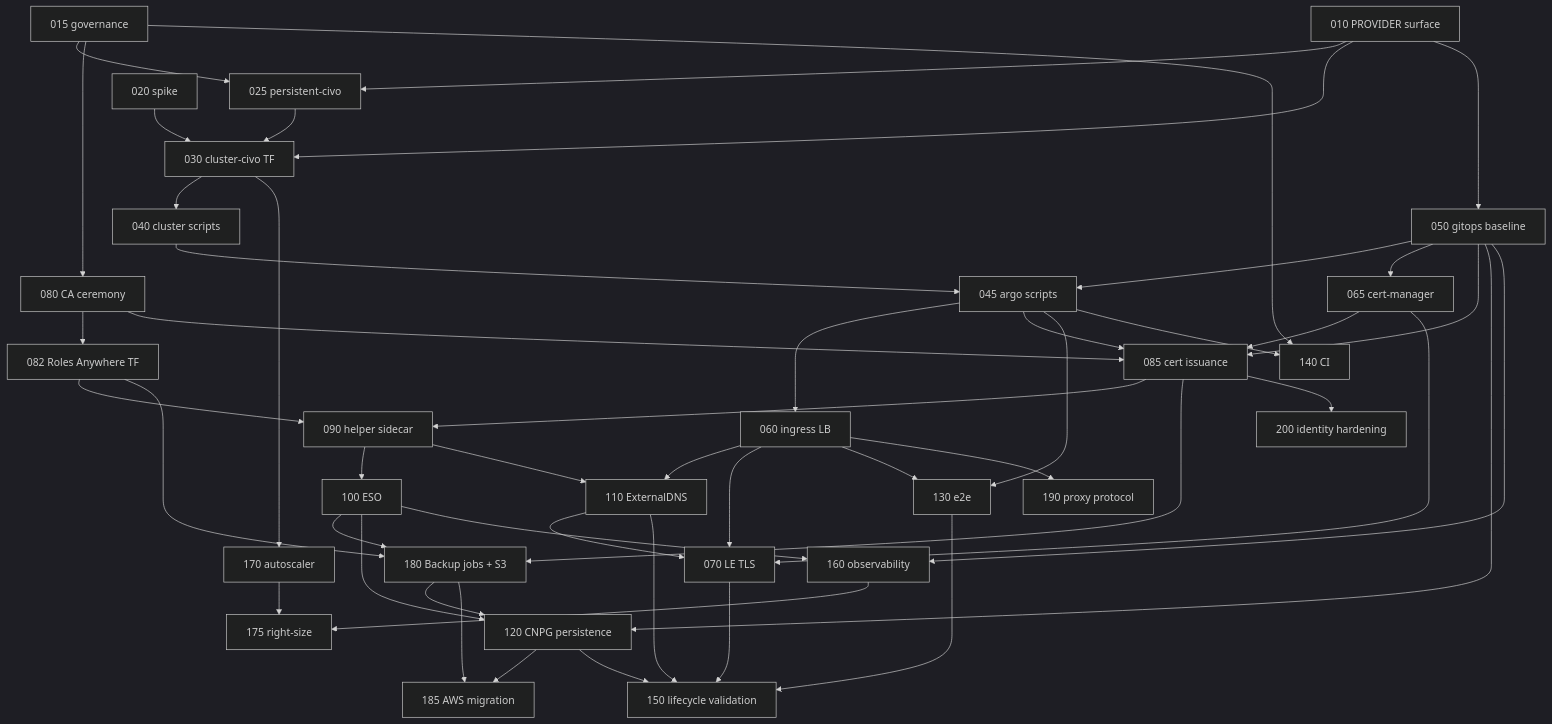
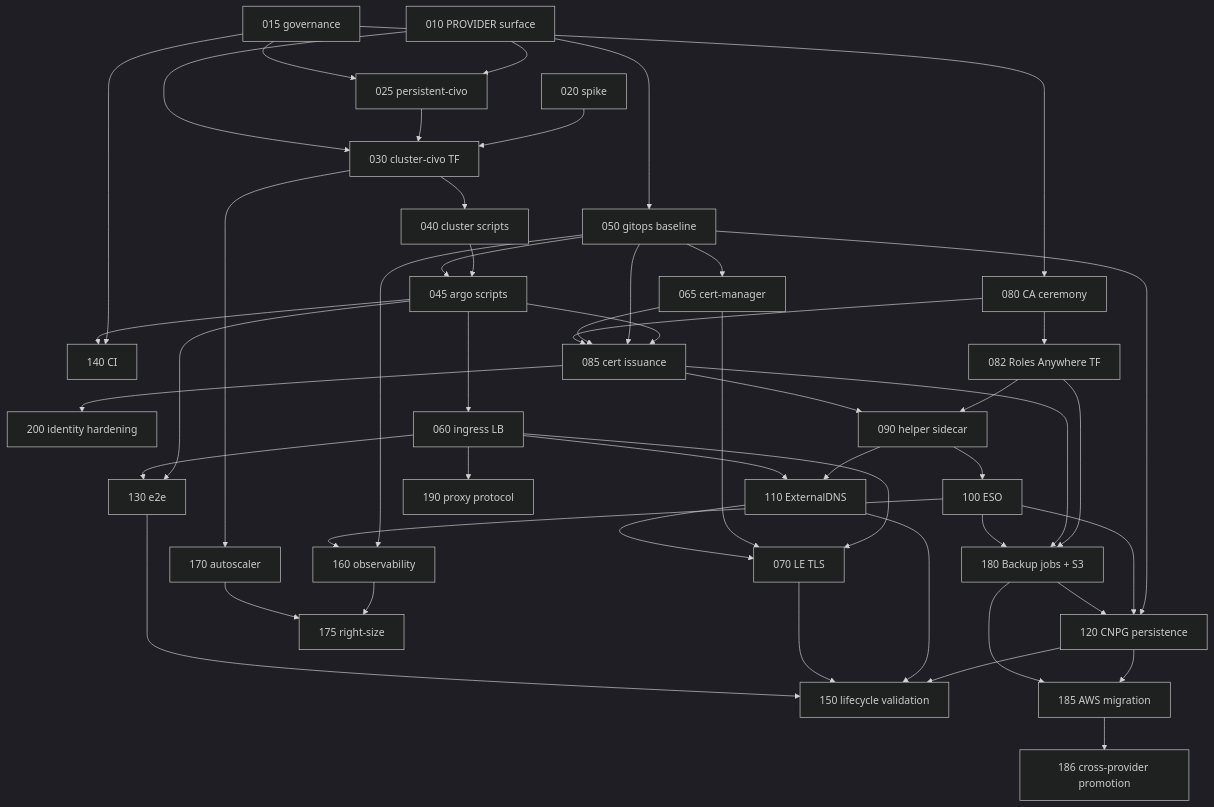
Before and after one commit to savak1990/vk-lab-platform: the diagram in specs/civo/roadmap.md, drawn with Mermaid (dark theme). The commit also changed other lines of this file and 3 other files, not shown here.

````diff
--- a/specs/civo/roadmap.md
+++ b/specs/civo/roadmap.md
@@ -13,51 +13,52 @@
 ```mermaid
 flowchart TD
   010[010 PROVIDER surface] --> 025[025 persistent-civo]
   015[015 governance] --> 025
   015 --> 080[080 CA ceremony]
   015 --> 140[140 CI]
   020[020 spike] --> 030[030 cluster-civo TF]
   025 --> 030
   010 --> 030
   010 --> 050[050 gitops baseline]
   030 --> 040[040 cluster scripts]
   030 --> 170[170 autoscaler]
   040 --> 045[045 argo scripts]
   050 --> 045
   045 --> 060[060 ingress LB]
   050 --> 065[065 cert-manager]
   080 --> 082[082 Roles Anywhere TF]
   045 --> 085[085 cert issuance]
   050 --> 085
   065 --> 085
   080 --> 085
   082 --> 090[090 helper sidecar]
   085 --> 090
   090 --> 100[100 ESO]
   090 --> 110[110 ExternalDNS]
   060 --> 110
   060 --> 070[070 LE TLS]
   065 --> 070
   110 --> 070
   082 --> 180[180 Backup jobs + S3]
   085 --> 180
   100 --> 180
   050 --> 120[120 CNPG persistence]
   100 --> 120
   180 --> 120
   120 --> 185[185 AWS migration]
   180 --> 185
+  185 --> 186[186 cross-provider promotion]
   045 --> 130[130 e2e]
   060 --> 130
   045 --> 140
   050 --> 160[160 observability]
   100 --> 160
   120 --> 150[150 lifecycle validation]
   110 --> 150
   070 --> 150
   130 --> 150
   160 --> 175[175 right-size]
   170 --> 175
   060 --> 190[190 proxy protocol]
   085 --> 200[200 identity hardening]
 ```
````
